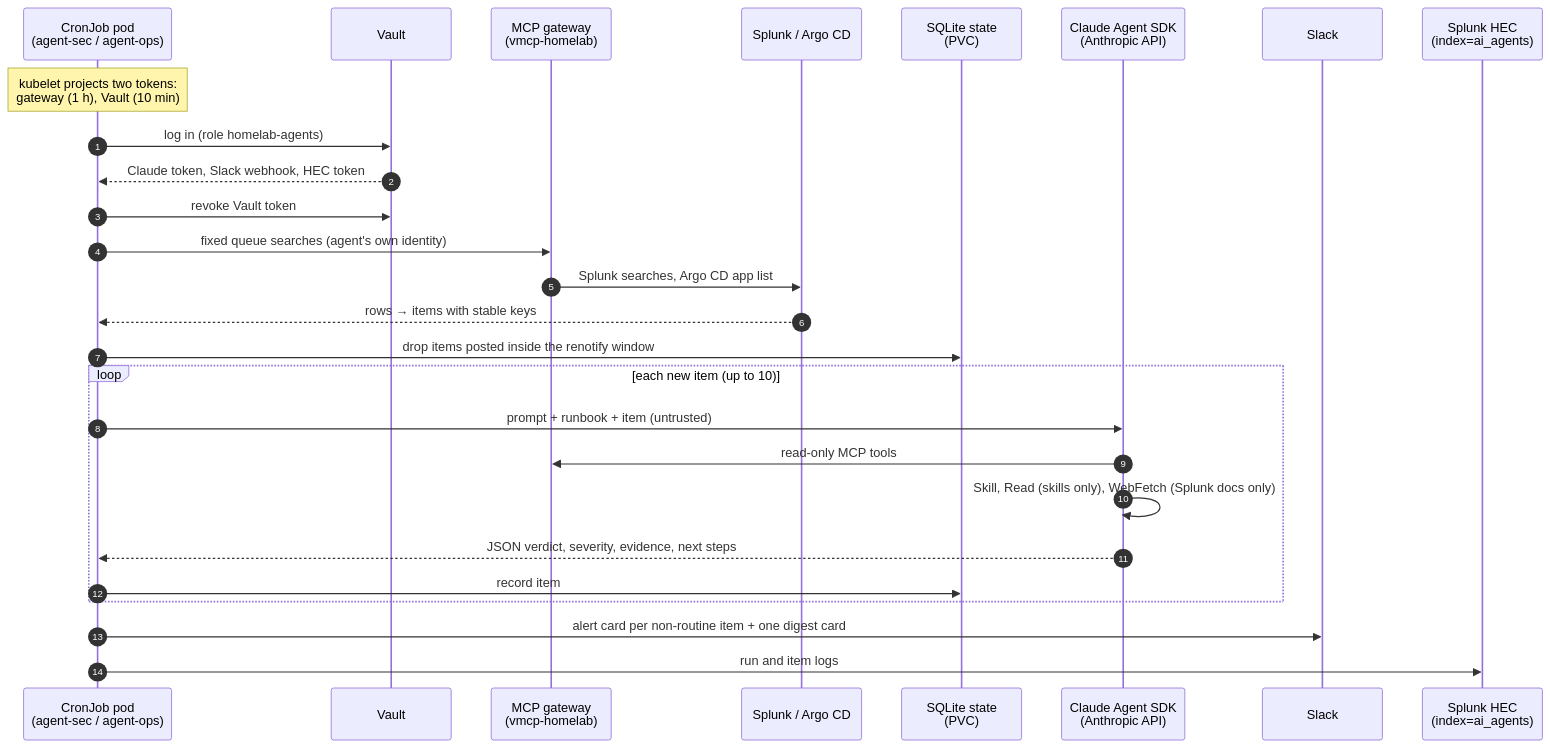
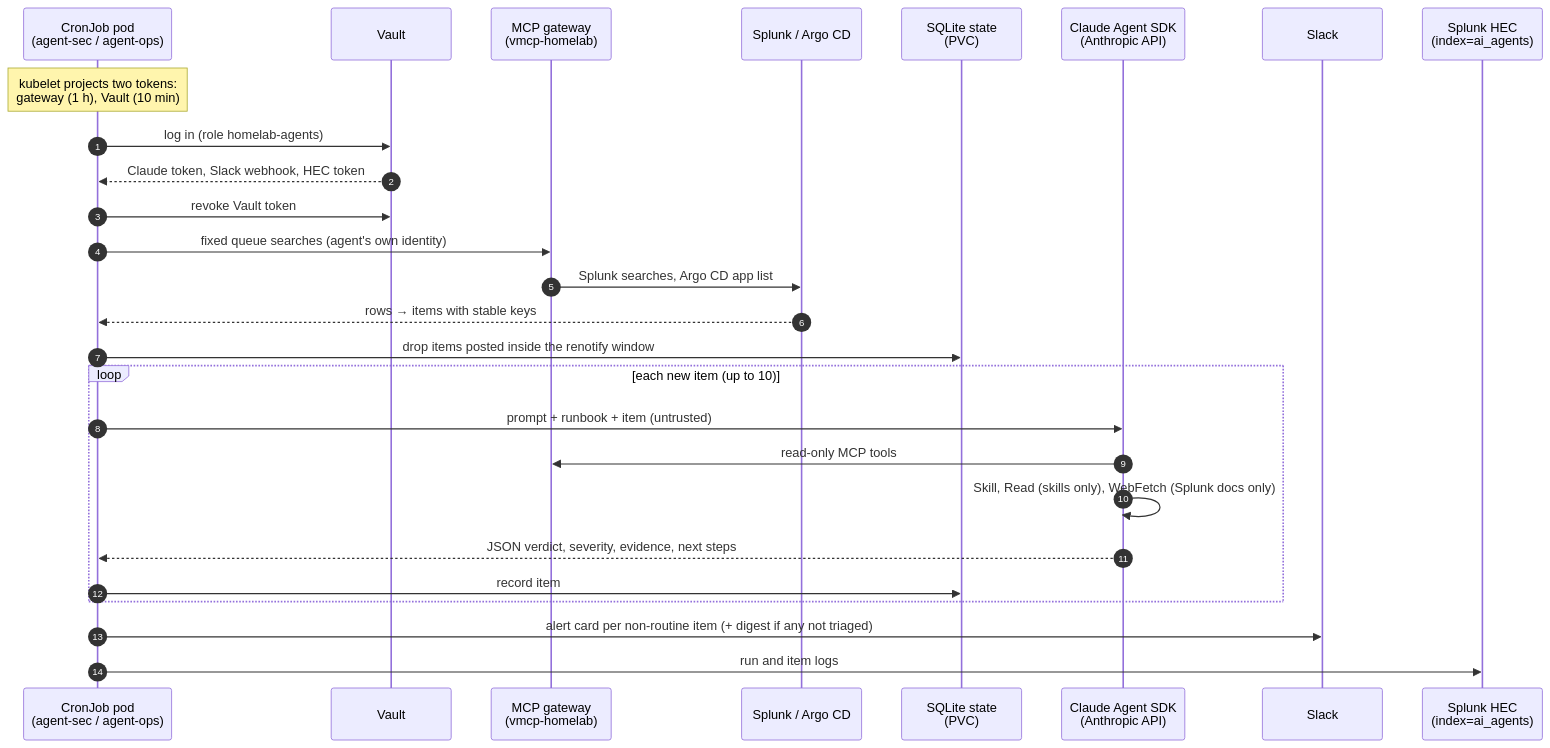
Before and after one commit to bmorri13/homelab: the first of 2 diagrams in infrastructure_tooling/homelab_agents/README.md, drawn with Mermaid. The commit also changed other lines of this file and 5 other files, not shown here.

First line of the commit message:
homelab agents: no Slack card for routine items

````diff
--- a/infrastructure_tooling/homelab_agents/README.md
+++ b/infrastructure_tooling/homelab_agents/README.md
@@ -25,30 +25,30 @@
 ```mermaid
 sequenceDiagram
     autonumber
     participant K as CronJob pod<br/>(agent-sec / agent-ops)
     participant V as Vault
     participant G as MCP gateway<br/>(vmcp-homelab)
     participant S as Splunk / Argo CD
     participant D as SQLite state<br/>(PVC)
     participant C as Claude Agent SDK<br/>(Anthropic API)
     participant SL as Slack
     participant H as Splunk HEC<br/>(index=ai_agents)
 
     Note over K: kubelet projects two tokens:<br/>gateway (1 h), Vault (10 min)
     K->>V: log in (role homelab-agents)
     V-->>K: Claude token, Slack webhook, HEC token
     K->>V: revoke Vault token
     K->>G: fixed queue searches (agent's own identity)
     G->>S: Splunk searches, Argo CD app list
     S-->>K: rows → items with stable keys
     K->>D: drop items posted inside the renotify window
     loop each new item (up to 10)
         K->>C: prompt + runbook + item (untrusted)
         C->>G: read-only MCP tools
         C->>C: Skill, Read (skills only), WebFetch (Splunk docs only)
         C-->>K: JSON verdict, severity, evidence, next steps
         K->>D: record item
     end
-    K->>SL: alert card per non-routine item + one digest card
+    K->>SL: alert card per non-routine item (+ digest if any not triaged)
     K->>H: run and item logs
 ```
````
